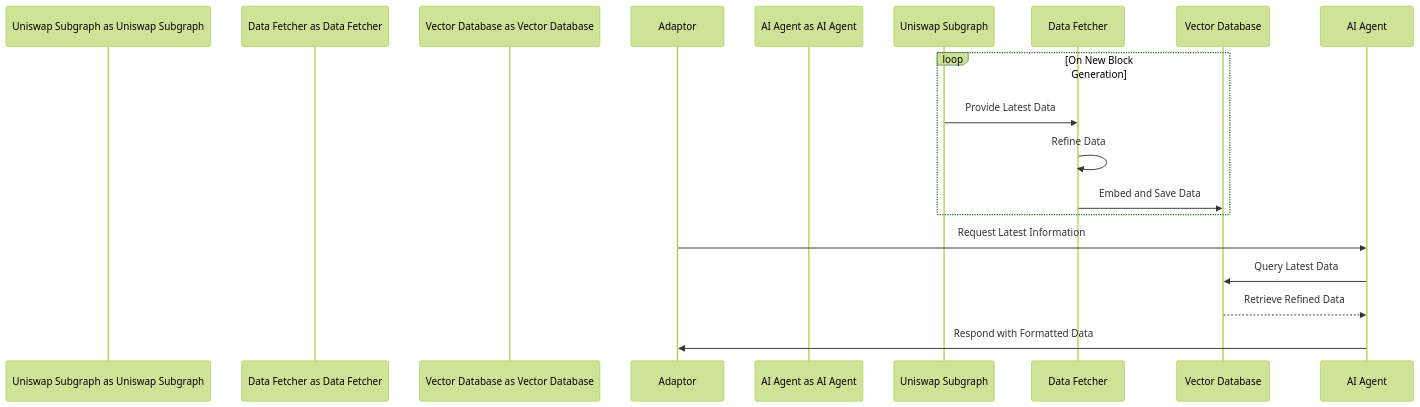
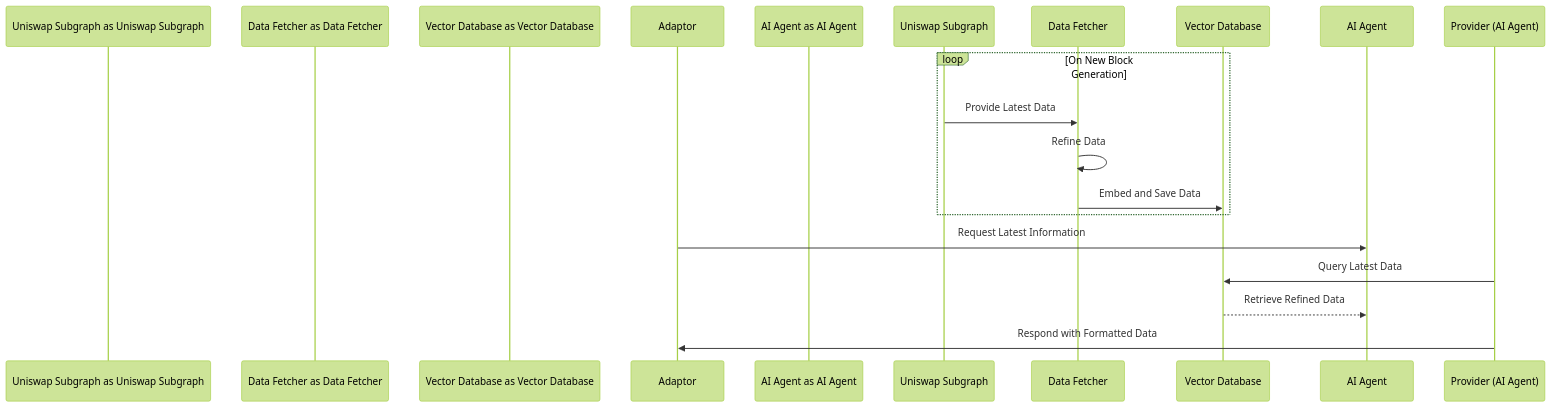
Before and after one commit to nghiangovan/smart-farming-adcs-rivalz: the diagram in providers/README.md, drawn with Mermaid (forest theme).

````diff
--- a/providers/README.md
+++ b/providers/README.md
@@ -19,19 +19,19 @@
 ```mermaid
 sequenceDiagram
 participant Uniswap Subgraph as Uniswap Subgraph
 participant Data Fetcher as Data Fetcher
 participant Vector Database as Vector Database
 participant Adaptor as Adaptor
 participant AI Agent as AI Agent
 
     loop On New Block Generation
         Uniswap Subgraph->>Data Fetcher: Provide Latest Data
         Data Fetcher->>Data Fetcher: Refine Data
         Data Fetcher->>Vector Database: Embed and Save Data
     end
 
     Adaptor->>AI Agent: Request Latest Information
-    AI Agent->>Vector Database: Query Latest Data
+    Provider (AI Agent)->>Vector Database: Query Latest Data
     Vector Database-->>AI Agent: Retrieve Refined Data
-    AI Agent->>Adaptor: Respond with Formatted Data
+    Provider (AI Agent)->>Adaptor: Respond with Formatted Data
 ```
````
